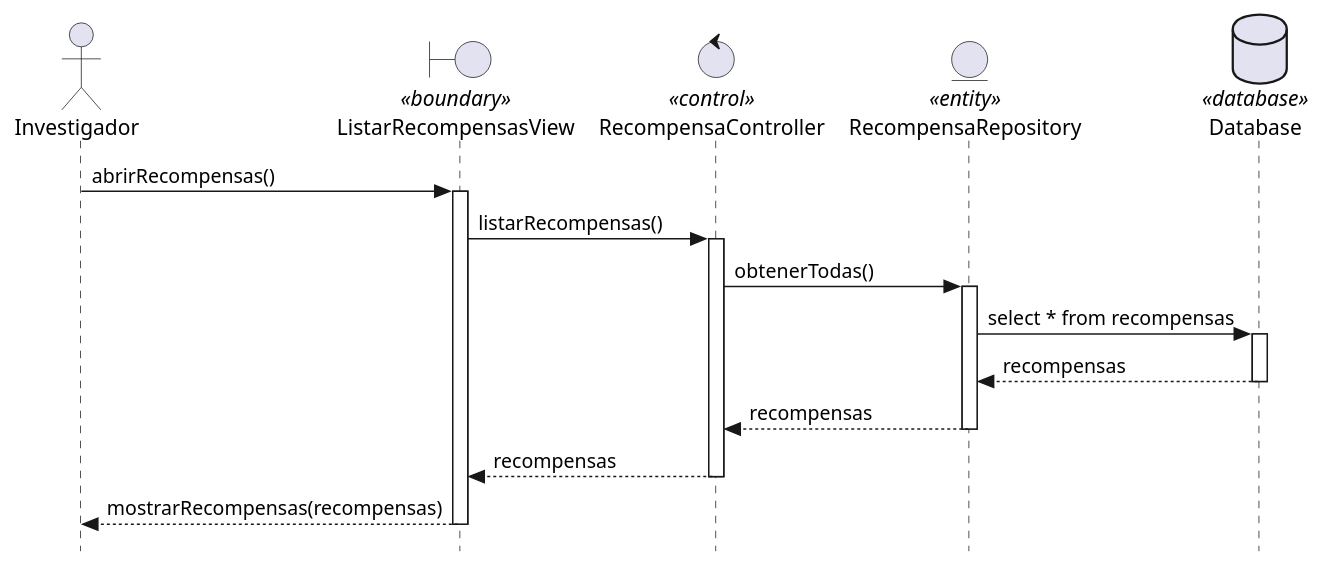
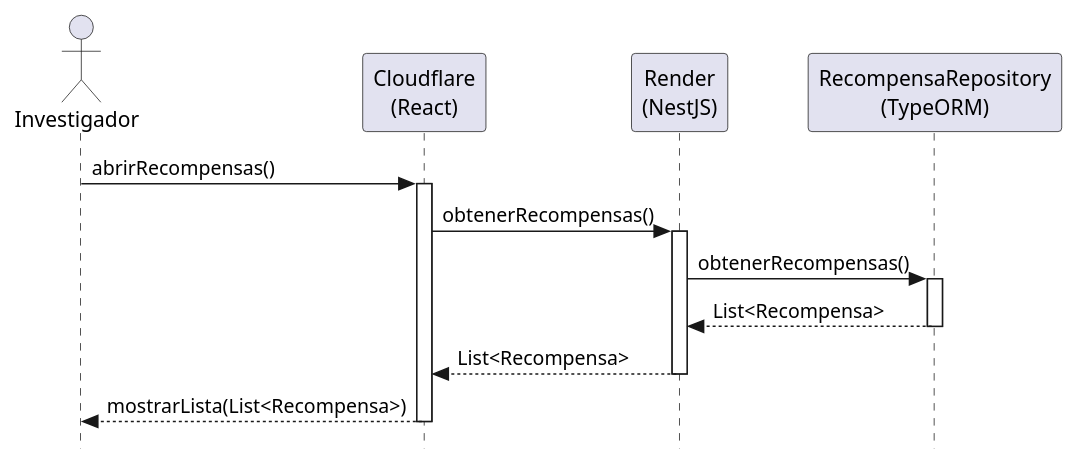
Before and after one commit to manuelmunoz8/25-26-idsw2-sdVC: the diagram in modelosUML/diseño/casosDeUsos/abrirRecompensas/abrirRecompensas.puml, drawn with PlantUML. The commit also changed 37 other files, not shown here.

Commit message:
fix: flujo y entidades de diagramas

```diff
--- a/modelosUML/diseño/casosDeUsos/abrirRecompensas/abrirRecompensas.puml
+++ b/modelosUML/diseño/casosDeUsos/abrirRecompensas/abrirRecompensas.puml
@@ -1,25 +1,28 @@
-@startuml
+@startuml listarRecompensas
 skinparam style strictuml
+skinparam backgroundColor white
+skinparam shadowing false
+
 actor Investigador
-boundary ListarRecompensasView <<boundary>>
-control RecompensaController <<control>>
-entity RecompensaRepository <<entity>>
-database Database <<database>>
+participant "Cloudflare\n(React)" as View
+participant "Render\n(NestJS)" as Controller
+participant "RecompensaRepository\n(TypeORM)" as Repository
 
-Investigador -> ListarRecompensasView : abrirRecompensas()
-activate ListarRecompensasView
-ListarRecompensasView -> RecompensaController : listarRecompensas()
-activate RecompensaController
-RecompensaController -> RecompensaRepository : obtenerTodas()
-activate RecompensaRepository
-RecompensaRepository -> Database : select * from recompensas
-activate Database
-Database --> RecompensaRepository : recompensas
-deactivate Database
-RecompensaRepository --> RecompensaController : recompensas
-deactivate RecompensaRepository
-RecompensaController --> ListarRecompensasView : recompensas
-deactivate RecompensaController
-ListarRecompensasView --> Investigador : mostrarRecompensas(recompensas)
-deactivate ListarRecompensasView
+Investigador -> View : abrirRecompensas()
+activate View
+
+View -> Controller : obtenerRecompensas()
+activate Controller
+
+Controller -> Repository : obtenerRecompensas()
+activate Repository
+
+Repository --> Controller : List<Recompensa>
+deactivate Repository
+
+Controller --> View : List<Recompensa>
+deactivate Controller
+
+View --> Investigador : mostrarLista(List<Recompensa>)
+deactivate View
 @enduml
```
